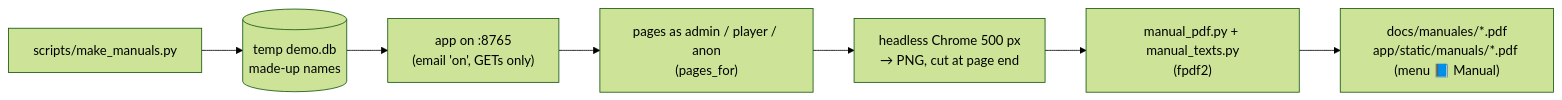
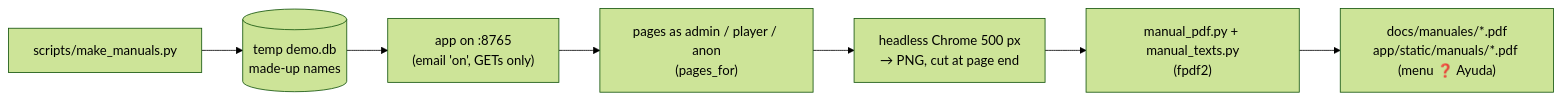
The diagram in .claude/skills/padelscore-manuals/SKILL.md (Sorrycion/PadelScore), drawn with Mermaid (forest theme) before and after one commit. The commit also changed other lines of this file and 12 other files, not shown here.

First line of the commit message:
❓ Help menu with both user manuals; Reglamento tabs wrap

````diff
--- a/.claude/skills/padelscore-manuals/SKILL.md
+++ b/.claude/skills/padelscore-manuals/SKILL.md
@@ -8,9 +8,9 @@
 ```mermaid
 flowchart LR
     S["scripts/make_manuals.py"] --> D[("temp demo.db<br/>made-up names")]
     D --> A["app on :8765<br/>(email 'on', GETs only)"]
     A --> H["pages as admin / player / anon<br/>(pages_for)"]
     H --> C["headless Chrome 500 px<br/>→ PNG, cut at page end"]
     C --> P["manual_pdf.py + manual_texts.py<br/>(fpdf2)"]
-    P --> O["docs/manuales/*.pdf<br/>app/static/manuals/*.pdf (menu 📘 Manual)"]
+    P --> O["docs/manuales/*.pdf<br/>app/static/manuals/*.pdf (menu ❓ Ayuda)"]
 ```
````
